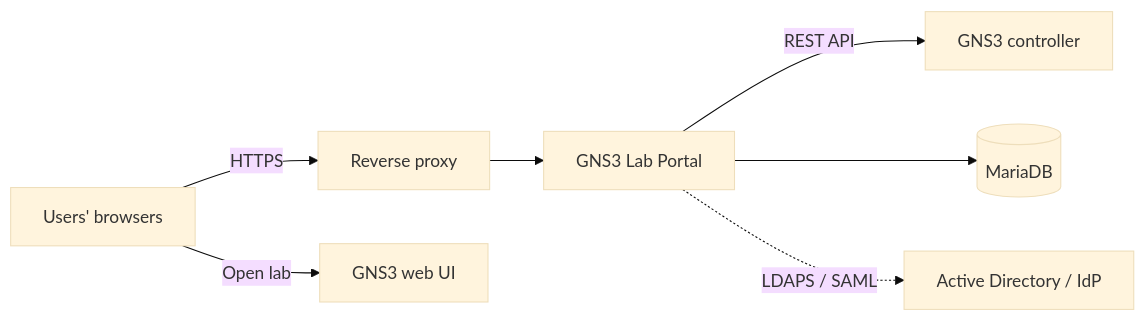
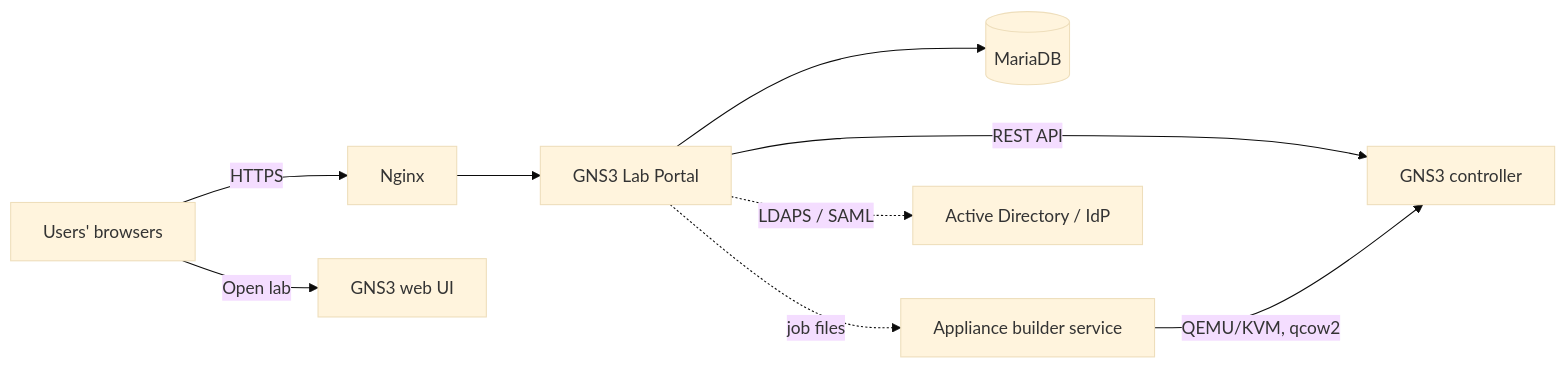
The diagram in README.md (dhavalsoni88/GNS3-Lab-portal), drawn with Mermaid (base theme) before and after one commit. The commit also changed other lines of this file and 12 other files, not shown here.

````diff
--- a/README.md
+++ b/README.md
@@ -47,9 +73,11 @@
 ```mermaid
 flowchart LR
-  U[Users' browsers] -->|HTTPS| P[Reverse proxy]
+  U[Users' browsers] -->|HTTPS| P[Nginx]
   P --> A[GNS3 Lab Portal]
   A -->|REST API| G[GNS3 controller]
   A --> D[(MariaDB)]
+  A -. job files .-> B[Appliance builder service]
+  B -->|QEMU/KVM, qcow2| G
   A -. LDAPS / SAML .-> I[Active Directory / IdP]
   U -->|Open lab| W[GNS3 web UI]
 ```
````
